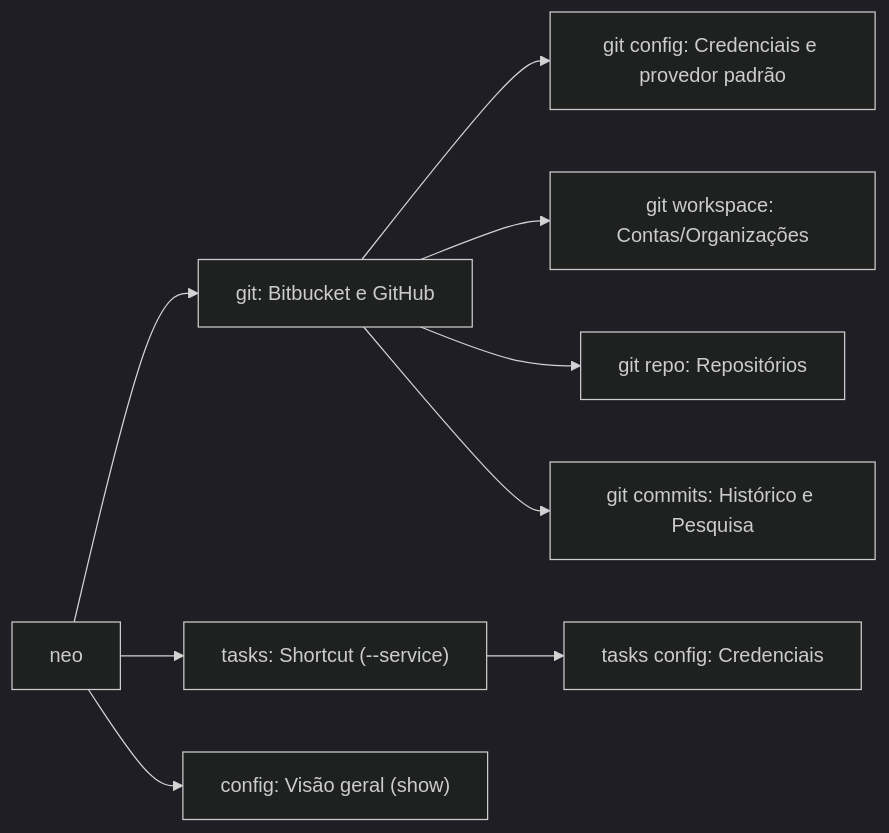
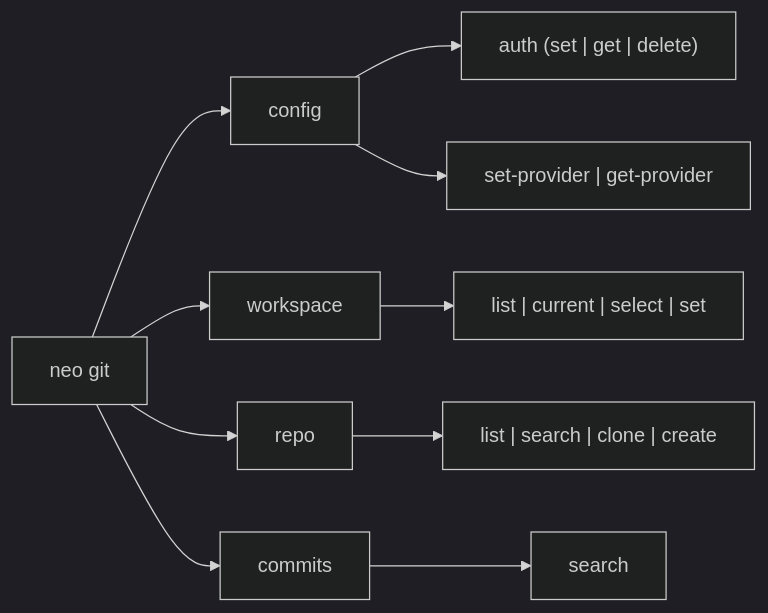
Before and after one commit to thalisonwilker/neo: the first of 3 diagrams in docs/cli/index.md, drawn with Mermaid (dark theme). The commit also changed other lines of this file and 85 other files, not shown here.

Commit message:
feat: add tasks resume board, iteration filter, and configure neo-cmd PyPI package

````diff
--- a/docs/cli/index.md
+++ b/docs/cli/index.md
@@ -37,11 +41,14 @@
 ```mermaid
-graph LR
-    Neo["neo"] --> Git["git: Bitbucket e GitHub"]
-    Neo --> Tasks["tasks: Shortcut (--service)"]
-    Neo --> Config["config: Visão geral (show)"]
-    Git --> GConfig["git config: Credenciais e provedor padrão"]
-    Git --> Workspace["git workspace: Contas/Organizações"]
-    Git --> Repo["git repo: Repositórios"]
-    Git --> Commits["git commits: Histórico e Pesquisa"]
-    Tasks --> TConfig["tasks config: Credenciais"]
+flowchart LR
+    Git["neo git"] --> GConfig["config"]
+    Git --> Workspace["workspace"]
+    Git --> Repo["repo"]
+    Git --> Commits["commits"]
+
+    GConfig --> GAuth["auth (set | get | delete)"]
+    GConfig --> GProv["set-provider | get-provider"]
+
+    Workspace --> WCmds["list | current | select | set"]
+    Repo --> RCmds["list | search | clone | create"]
+    Commits --> CCmds["search"]
 ```
````
